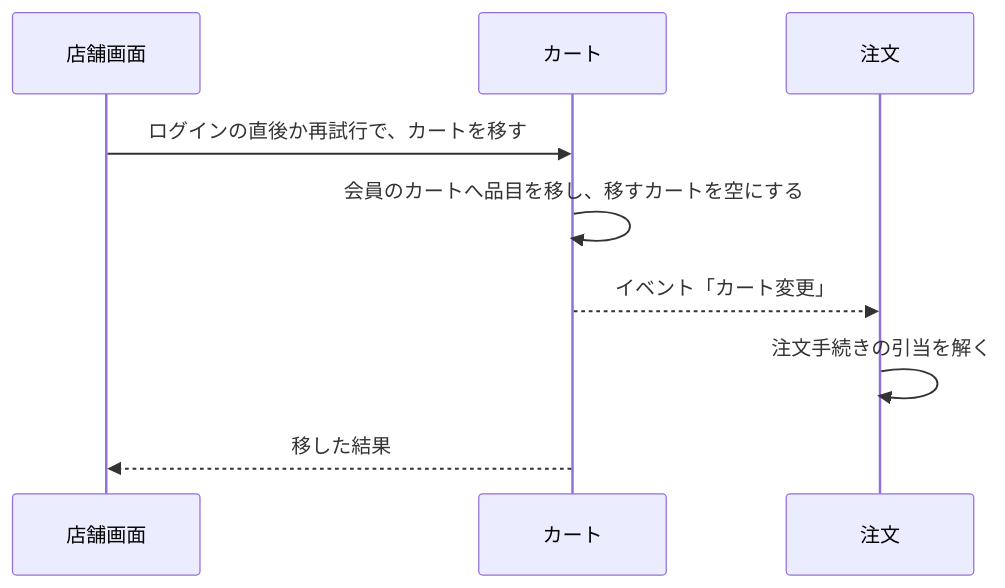
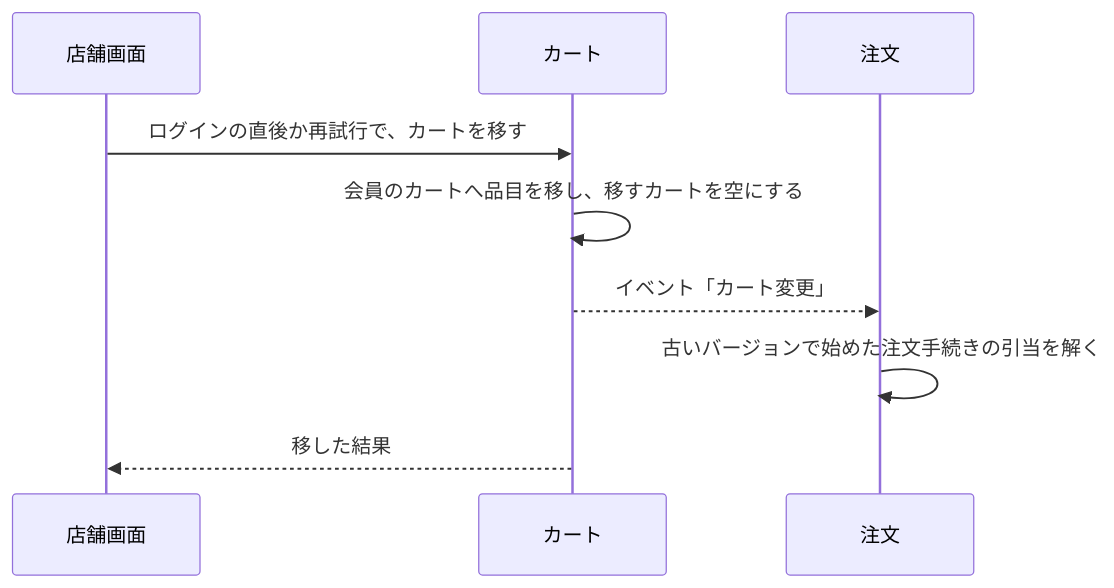
Before and after one commit to roger88106/ec-site: the second of 2 diagrams in docs/02-設計/cart.md, drawn with Mermaid. The commit also changed other lines of this file and 32 other files, not shown here.

````diff
--- a/docs/02-設計/cart.md
+++ b/docs/02-設計/cart.md
@@ -52,11 +52,11 @@
 ```mermaid
 sequenceDiagram
     participant U as 店舗画面
     participant C as カート
     participant O as 注文
     U->>C: ログインの直後か再試行で、カートを移す
     C->>C: 会員のカートへ品目を移し、移すカートを空にする
     C-->>O: イベント「カート変更」
-    O->>O: 注文手続きの引当を解く
+    O->>O: 古いバージョンで始めた注文手続きの引当を解く
     C-->>U: 移した結果
 ```
````
